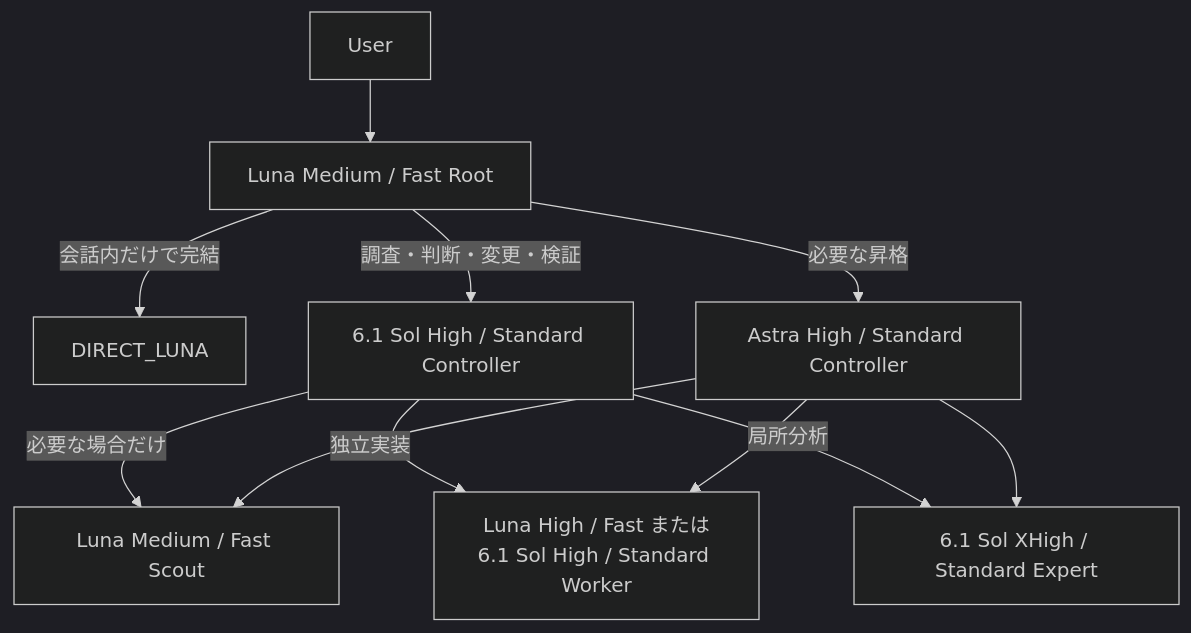
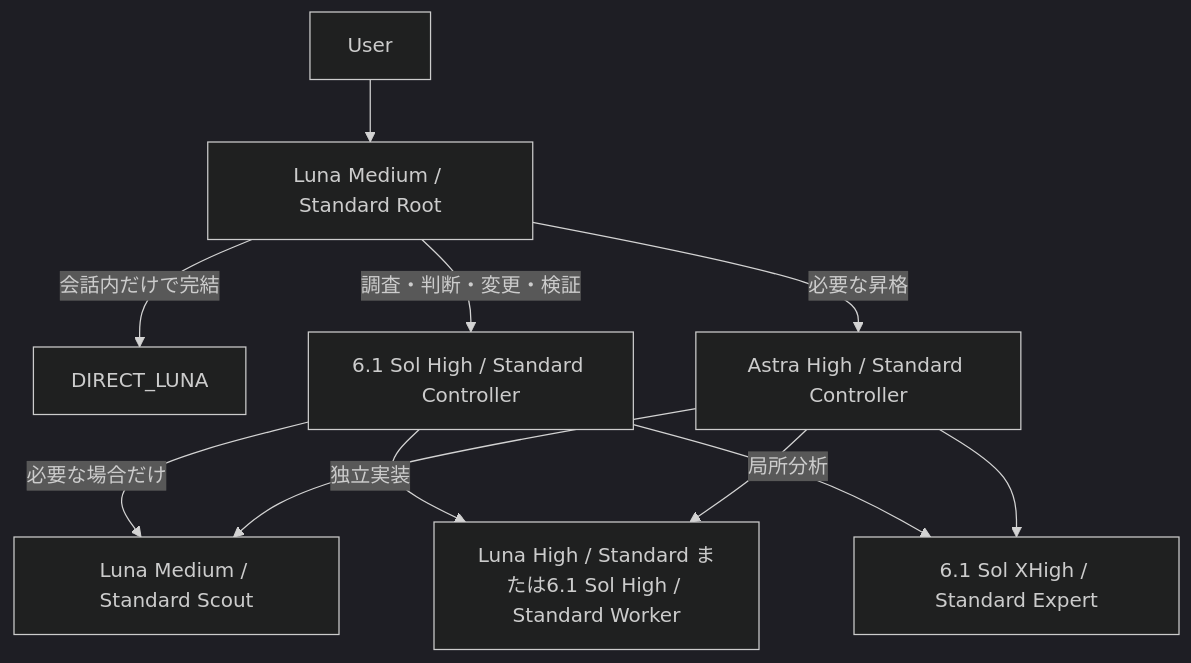
One commit to ten9miq/codex-multi-agent-orchestrator changed the diagram in docs/ARCHITECTURE.md. Above: the diagram before and after it, drawn with Mermaid (dark theme). The commit also changed other lines of this file and 12 other files, not shown here.

Commit message:
Set explicit Standard tier for root and all active roles

````diff
--- a/docs/ARCHITECTURE.md
+++ b/docs/ARCHITECTURE.md
@@ -7,13 +7,13 @@
 ```mermaid
 flowchart TD
-    U[User] --> R["Luna Medium / Fast Root"]
+    U[User] --> R["Luna Medium / Standard Root"]
     R -->|"会話内だけで完結"| D[DIRECT_LUNA]
     R -->|"調査・判断・変更・検証"| C["6.1 Sol High / Standard Controller"]
     R -->|"必要な昇格"| A["Astra High / Standard Controller"]
-    C -->|"必要な場合だけ"| S["Luna Medium / Fast Scout"]
-    C -->|"独立実装"| W["Luna High / Fast または6.1 Sol High / Standard Worker"]
+    C -->|"必要な場合だけ"| S["Luna Medium / Standard Scout"]
+    C -->|"独立実装"| W["Luna High / Standard または6.1 Sol High / Standard Worker"]
     C -->|"局所分析"| E["6.1 Sol XHigh / Standard Expert"]
     A --> S
     A --> W
     A --> E
 ```
````
